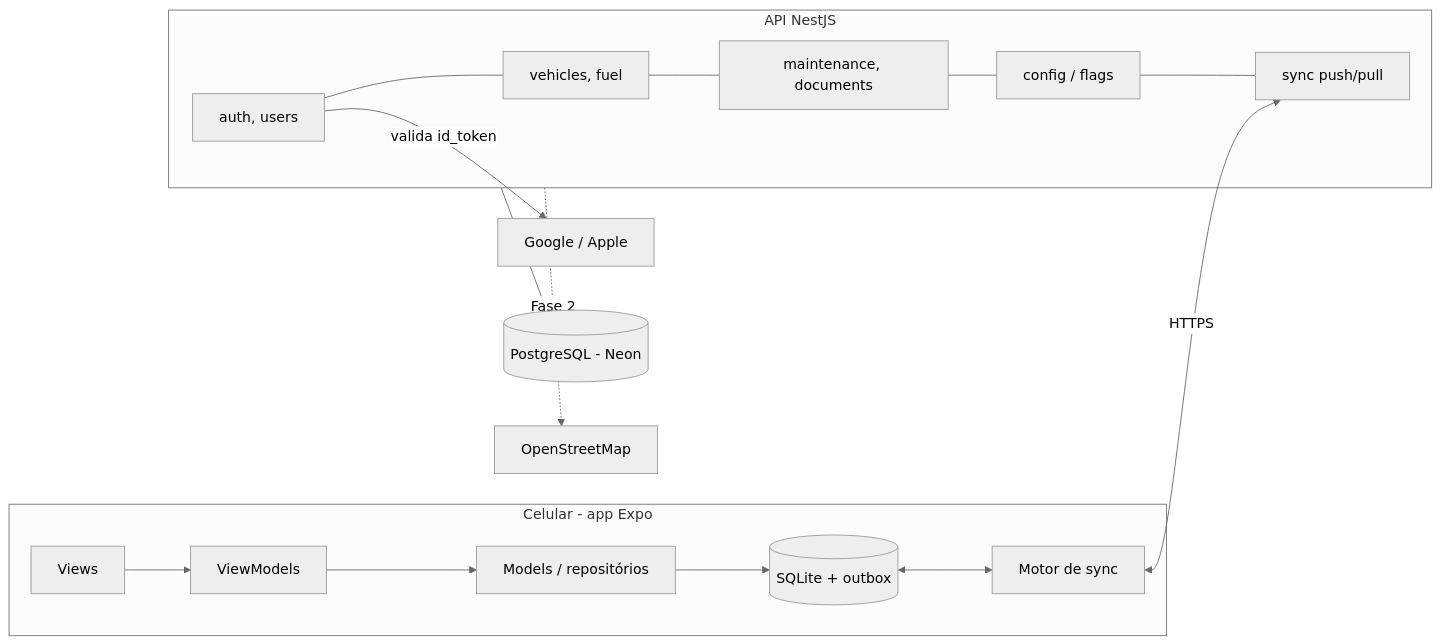
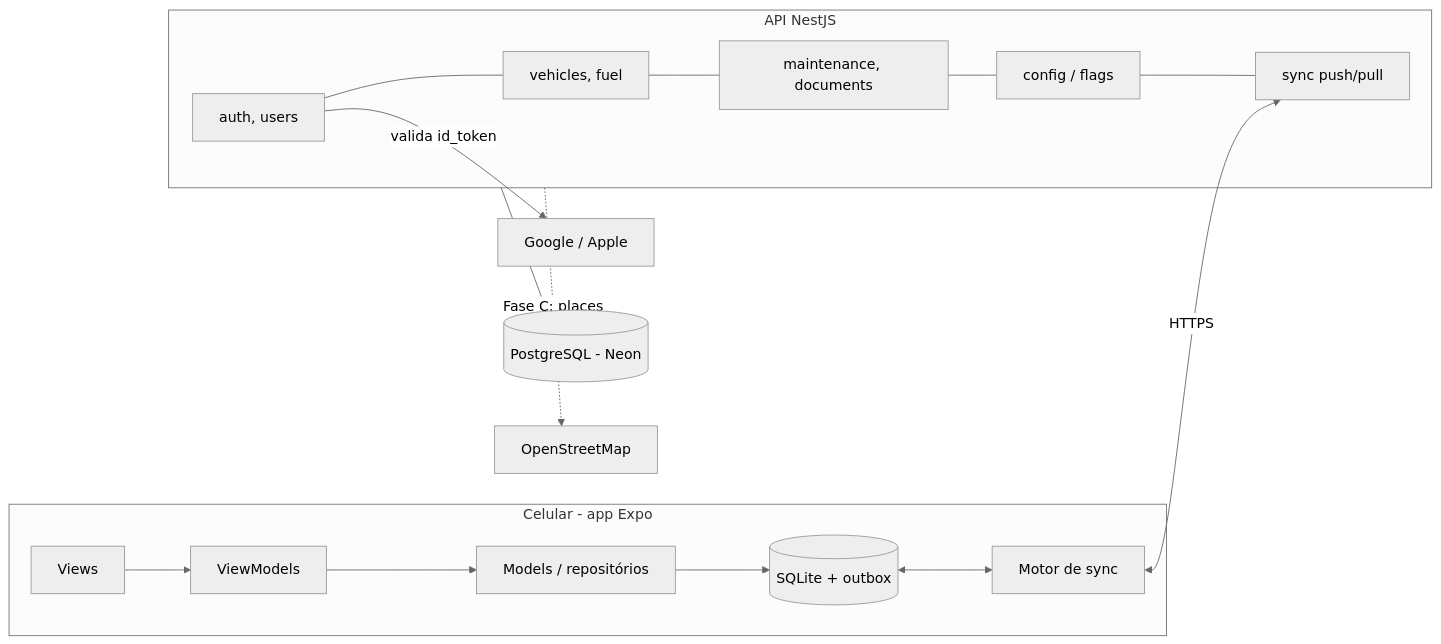
The first of 2 diagrams in docs/03-arquitetura.md (guilhermeborim/ta-em-dia), drawn with Mermaid (neutral theme) before and after one commit. The commit also changed other lines of this file and 6 other files, not shown here.

````diff
--- a/docs/03-arquitetura.md
+++ b/docs/03-arquitetura.md
@@ -9,14 +9,14 @@
 ```mermaid
 flowchart LR
   subgraph Celular[Celular - app Expo]
     V[Views] --> VM[ViewModels] --> M[Models / repositórios] --> DB[(SQLite + outbox)]
     DB <--> S[Motor de sync]
   end
   subgraph API[API NestJS]
     A[auth, users] --- VF[vehicles, fuel] --- MD[maintenance, documents] --- C[config / flags] --- SY[sync push/pull]
   end
   S <-->|HTTPS| SY
   A -->|valida id_token| GA[Google / Apple]
   API --> PG[(PostgreSQL - Neon)]
-  API -.->|Fase 2| OSM[OpenStreetMap]
+  API -.->|Fase C: places| OSM[OpenStreetMap]
 ```
````
